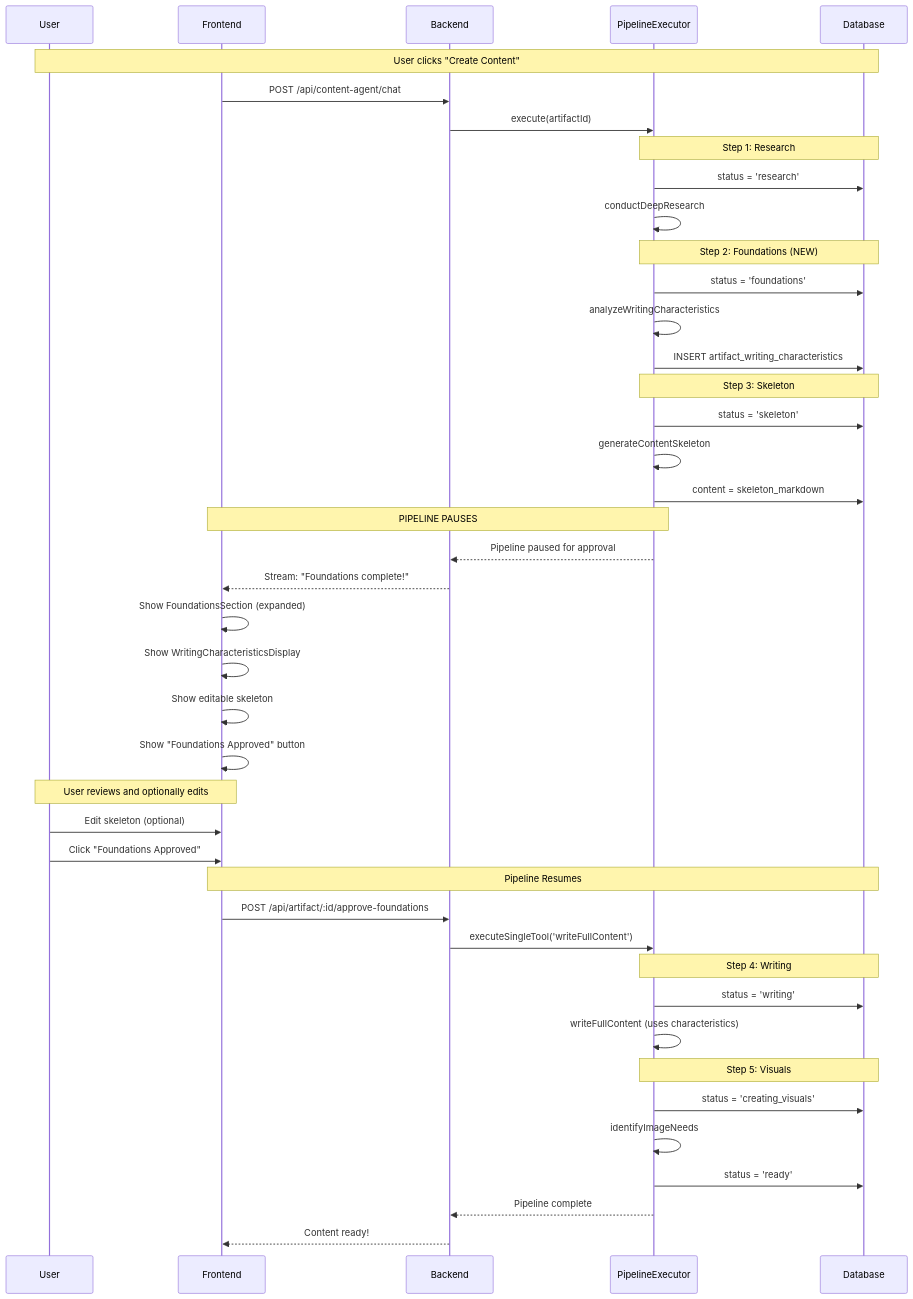
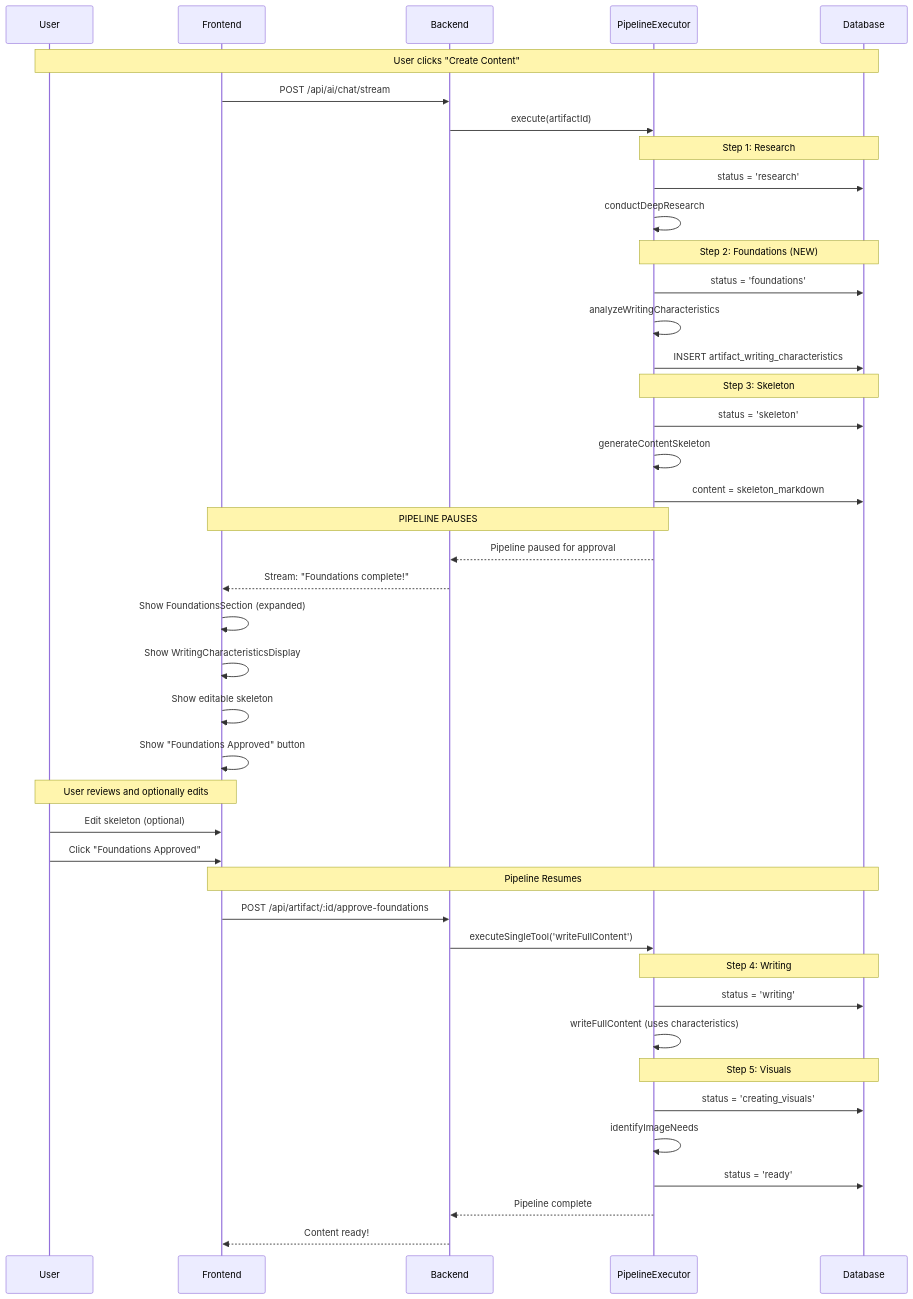
The second of 3 diagrams in docs/ai-agents-and-prompts/content-agent-overview.md (kobiagi-builder/nextup), drawn with Mermaid before and after one commit. The commit also changed other lines of this file and 11 other files, not shown here.

````diff
--- a/docs/ai-agents-and-prompts/content-agent-overview.md
+++ b/docs/ai-agents-and-prompts/content-agent-overview.md
@@ -353,54 +319,54 @@
 ```mermaid
 sequenceDiagram
     participant User
     participant FE as Frontend
     participant BE as Backend
     participant PE as PipelineExecutor
     participant DB as Database
 
     Note over User,DB: User clicks "Create Content"
-    FE->>BE: POST /api/content-agent/chat
+    FE->>BE: POST /api/ai/chat/stream
     BE->>PE: execute(artifactId)
 
     Note over PE,DB: Step 1: Research
     PE->>DB: status = 'research'
     PE->>PE: conductDeepResearch
 
     Note over PE,DB: Step 2: Foundations (NEW)
     PE->>DB: status = 'foundations'
     PE->>PE: analyzeWritingCharacteristics
     PE->>DB: INSERT artifact_writing_characteristics
 
     Note over PE,DB: Step 3: Skeleton
     PE->>DB: status = 'skeleton'
     PE->>PE: generateContentSkeleton
     PE->>DB: content = skeleton_markdown
 
     Note over PE,FE: PIPELINE PAUSES
     PE-->>BE: Pipeline paused for approval
     BE-->>FE: Stream: "Foundations complete!"
     FE->>FE: Show FoundationsSection (expanded)
     FE->>FE: Show WritingCharacteristicsDisplay
     FE->>FE: Show editable skeleton
     FE->>FE: Show "Foundations Approved" button
 
     Note over User,FE: User reviews and optionally edits
     User->>FE: Edit skeleton (optional)
     User->>FE: Click "Foundations Approved"
 
     Note over FE,DB: Pipeline Resumes
     FE->>BE: POST /api/artifact/:id/approve-foundations
     BE->>PE: executeSingleTool('writeFullContent')
 
     Note over PE,DB: Step 4: Writing
     PE->>DB: status = 'writing'
     PE->>PE: writeFullContent (uses characteristics)
 
     Note over PE,DB: Step 5: Visuals
     PE->>DB: status = 'creating_visuals'
     PE->>PE: identifyImageNeeds
     PE->>DB: status = 'ready'
 
     PE-->>BE: Pipeline complete
     BE-->>FE: Content ready!
 ```
````
